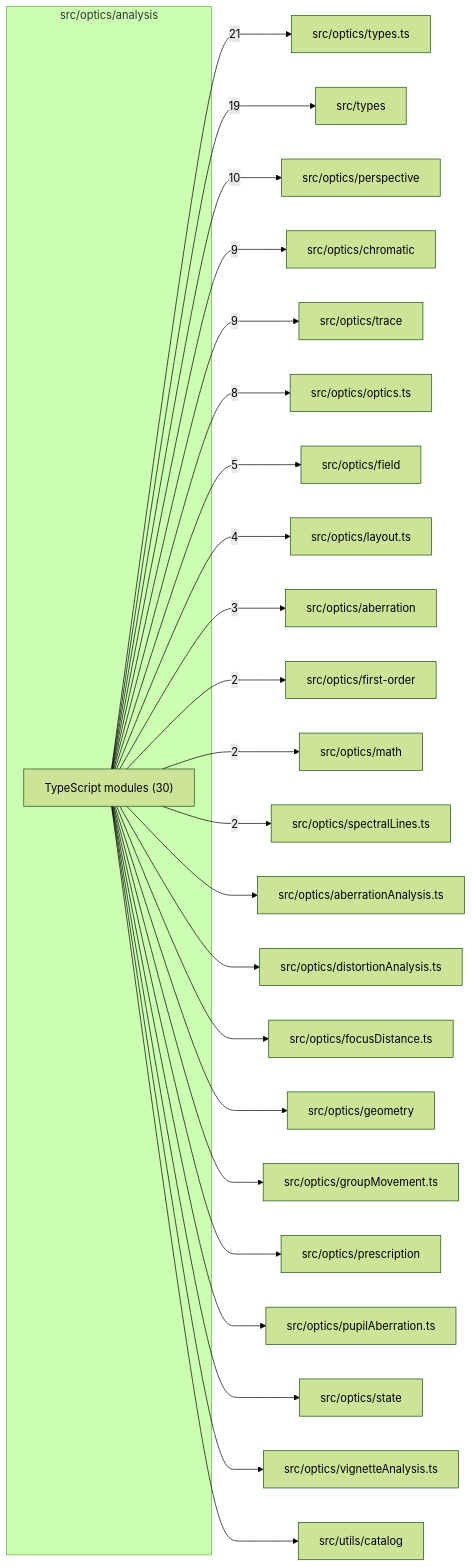
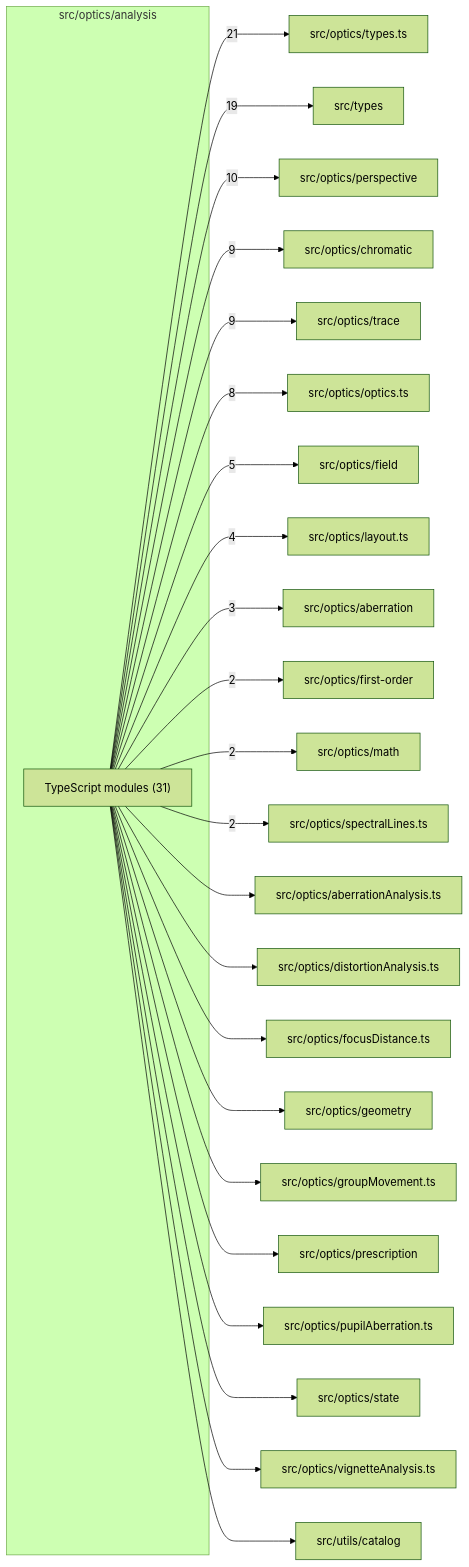
One commit to ronbuening/LensVisualizer changed the diagram in src/optics/analysis/readme.md. Above: the diagram before and after it, drawn with Mermaid (forest theme). The commit also changed other lines of this file and 47 other files, not shown here.

````diff
--- a/src/optics/analysis/readme.md
+++ b/src/optics/analysis/readme.md
@@ -9,50 +9,50 @@
 ```mermaid
 flowchart LR
   subgraph n_src_optics_analysis["src/optics/analysis"]
-    n_src_optics_analysis_TypeScript_modules["TypeScript modules (30)"]
+    n_src_optics_analysis_TypeScript_modules["TypeScript modules (31)"]
   end
   n_external_src_optics_types_ts["src/optics/types.ts"]
   n_external_src_types["src/types"]
   n_external_src_optics_perspective["src/optics/perspective"]
   n_external_src_optics_chromatic["src/optics/chromatic"]
   n_external_src_optics_trace["src/optics/trace"]
   n_external_src_optics_optics_ts["src/optics/optics.ts"]
   n_external_src_optics_field["src/optics/field"]
   n_external_src_optics_layout_ts["src/optics/layout.ts"]
   n_external_src_optics_aberration["src/optics/aberration"]
   n_external_src_optics_first_order["src/optics/first-order"]
   n_external_src_optics_math["src/optics/math"]
   n_external_src_optics_spectralLines_ts["src/optics/spectralLines.ts"]
   n_external_src_optics_aberrationAnalysis_ts["src/optics/aberrationAnalysis.ts"]
   n_external_src_optics_distortionAnalysis_ts["src/optics/distortionAnalysis.ts"]
   n_external_src_optics_focusDistance_ts["src/optics/focusDistance.ts"]
   n_external_src_optics_geometry["src/optics/geometry"]
   n_external_src_optics_groupMovement_ts["src/optics/groupMovement.ts"]
   n_external_src_optics_prescription["src/optics/prescription"]
   n_external_src_optics_pupilAberration_ts["src/optics/pupilAberration.ts"]
   n_external_src_optics_state["src/optics/state"]
   n_external_src_optics_vignetteAnalysis_ts["src/optics/vignetteAnalysis.ts"]
   n_external_src_utils_catalog["src/utils/catalog"]
   n_src_optics_analysis_TypeScript_modules --> |21| n_external_src_optics_types_ts
   n_src_optics_analysis_TypeScript_modules --> |19| n_external_src_types
   n_src_optics_analysis_TypeScript_modules --> |10| n_external_src_optics_perspective
   n_src_optics_analysis_TypeScript_modules --> |9| n_external_src_optics_chromatic
   n_src_optics_analysis_TypeScript_modules --> |9| n_external_src_optics_trace
   n_src_optics_analysis_TypeScript_modules --> |8| n_external_src_optics_optics_ts
   n_src_optics_analysis_TypeScript_modules --> |5| n_external_src_optics_field
   n_src_optics_analysis_TypeScript_modules --> |4| n_external_src_optics_layout_ts
   n_src_optics_analysis_TypeScript_modules --> |3| n_external_src_optics_aberration
   n_src_optics_analysis_TypeScript_modules --> |2| n_external_src_optics_first_order
   n_src_optics_analysis_TypeScript_modules --> |2| n_external_src_optics_math
   n_src_optics_analysis_TypeScript_modules --> |2| n_external_src_optics_spectralLines_ts
   n_src_optics_analysis_TypeScript_modules --> n_external_src_optics_aberrationAnalysis_ts
   n_src_optics_analysis_TypeScript_modules --> n_external_src_optics_distortionAnalysis_ts
   n_src_optics_analysis_TypeScript_modules --> n_external_src_optics_focusDistance_ts
   n_src_optics_analysis_TypeScript_modules --> n_external_src_optics_geometry
   n_src_optics_analysis_TypeScript_modules --> n_external_src_optics_groupMovement_ts
   n_src_optics_analysis_TypeScript_modules --> n_external_src_optics_prescription
   n_src_optics_analysis_TypeScript_modules --> n_external_src_optics_pupilAberration_ts
   n_src_optics_analysis_TypeScript_modules --> n_external_src_optics_state
   n_src_optics_analysis_TypeScript_modules --> n_external_src_optics_vignetteAnalysis_ts
   n_src_optics_analysis_TypeScript_modules --> n_external_src_utils_catalog
 ```
````
